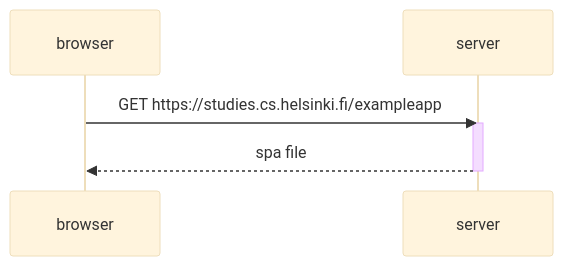
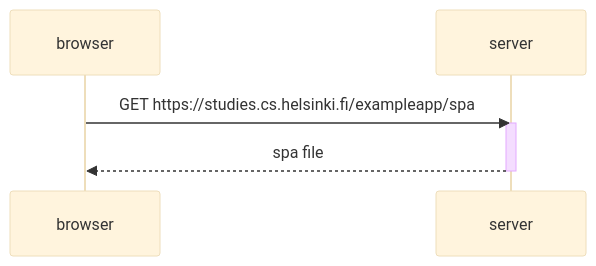
One commit to Albertscpv/FullStackOpen changed the diagram in Part0/Excercise5.md. Above: the diagram before and after it, drawn with Mermaid (base theme).

````diff
--- a/Part0/Excercise5.md
+++ b/Part0/Excercise5.md
@@ -1,14 +1,10 @@
 ```mermaid
 sequenceDiagram
     participant browser
     participant server
 
-    browser->>server: GET https://studies.cs.helsinki.fi/exampleapp
+    browser->>server: GET https://studies.cs.helsinki.fi/exampleapp/spa
     activate server
     server-->>browser: spa file
     deactivate server
-
-    %% It only reloads the spa file to get changes
-
-
 ```
````
